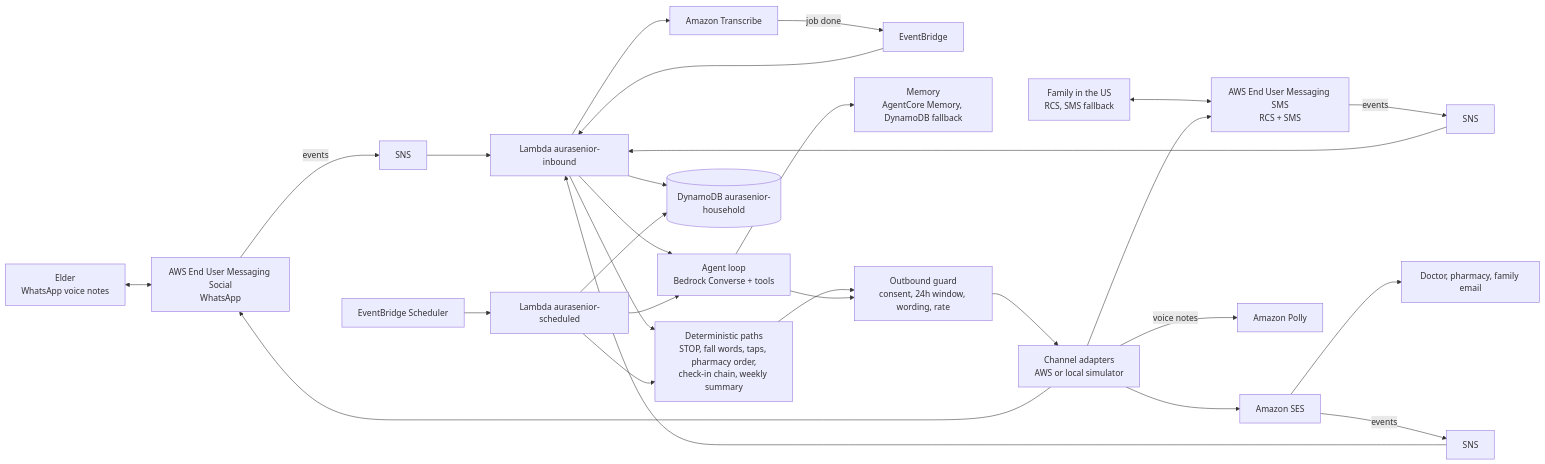
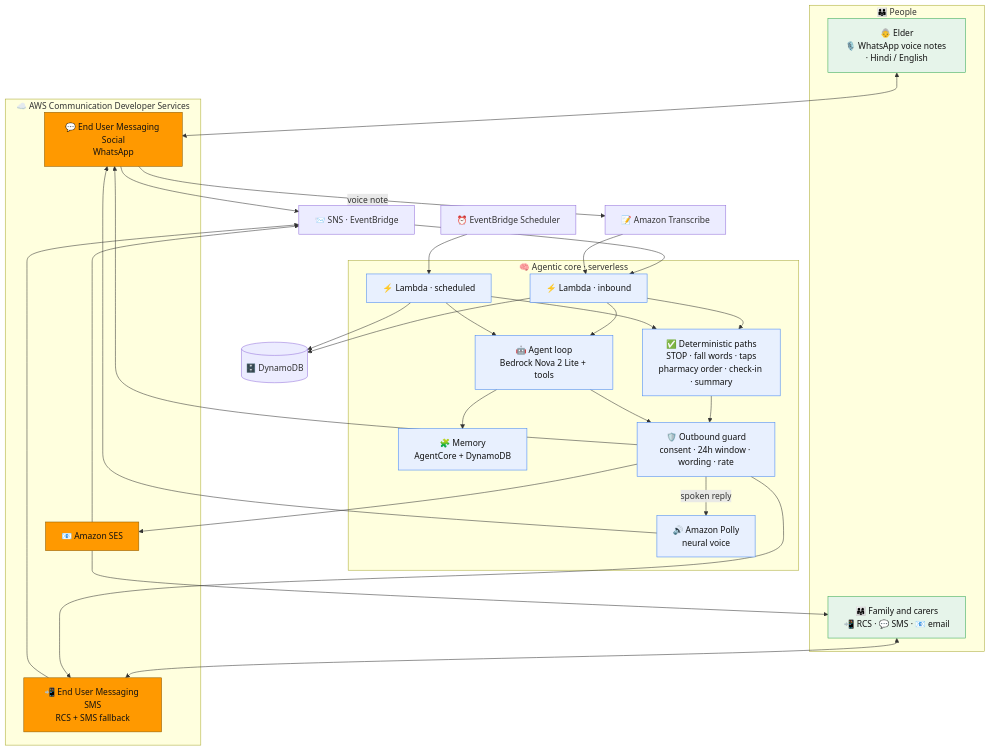
Before and after one commit to Extraordinarytechy/aurasenior: the diagram in README.md, drawn with Mermaid. The commit also changed other lines of this file, not shown here.

Commit message:
Polish README: visual header, badges, emoji architecture diagram, and correct the live-vs-simulated status (WhatsApp and RCS now run live on AWS)

````diff
--- a/README.md
+++ b/README.md
@@ -15,19 +41,59 @@
 ```mermaid
-flowchart LR
-  E["Elder<br/>WhatsApp voice notes"] <--> WA["AWS End User Messaging Social<br/>WhatsApp"]
-  F["Family in the US<br/>RCS, SMS fallback"] <--> RCS["AWS End User Messaging SMS<br/>RCS + SMS"]
-  SES["Amazon SES"] --> C["Doctor, pharmacy, family email"]
-  WA -- events --> T1["SNS"]
-  RCS -- events --> T2["SNS"]
-  SES -- events --> T3["SNS"]
-  T1 & T2 & T3 --> IN["Lambda aurasenior-inbound"]
-  IN --> TR["Amazon Transcribe"] -- job done --> EB["EventBridge"] --> IN
-  SCH["EventBridge Scheduler"] --> SC["Lambda aurasenior-scheduled"]
-  IN & SC --> DET["Deterministic paths<br/>STOP, fall words, taps, pharmacy order,<br/>check-in chain, weekly summary"]
-  IN & SC --> AG["Agent loop<br/>Bedrock Converse + tools"]
-  AG --> MEM["Memory<br/>AgentCore Memory, DynamoDB fallback"]
-  DET & AG --> G["Outbound guard<br/>consent, 24h window, wording, rate"] --> AD["Channel adapters<br/>AWS or local simulator"]
-  AD --> WA & RCS & SES
-  AD -- voice notes --> P["Amazon Polly"]
-  IN & SC --> DB[("DynamoDB aurasenior-household")]
+flowchart TB
+  subgraph PEOPLE["👪 People"]
+    E["👵 Elder<br/>🎙️ WhatsApp voice notes · Hindi / English"]
+    F["👨‍👩‍👧 Family and carers<br/>📲 RCS · 💬 SMS · 📧 email"]
+  end
+
+  subgraph CDS["☁️ AWS Communication Developer Services"]
+    WA["💬 End User Messaging Social<br/>WhatsApp"]
+    RCS["📲 End User Messaging SMS<br/>RCS + SMS fallback"]
+    SES["📧 Amazon SES"]
+  end
+
+  SNS["📨 SNS · EventBridge"]
+  TR["📝 Amazon Transcribe"]
+  SCH["⏰ EventBridge Scheduler"]
+
+  subgraph BRAIN["🧠 Agentic core · serverless"]
+    IN["⚡ Lambda · inbound"]
+    SC["⚡ Lambda · scheduled"]
+    DET["✅ Deterministic paths<br/>STOP · fall words · taps<br/>pharmacy order · check-in · summary"]
+    AG["🤖 Agent loop<br/>Bedrock Nova 2 Lite + tools"]
+    MEM["🧩 Memory<br/>AgentCore + DynamoDB"]
+    G["🛡️ Outbound guard<br/>consent · 24h window · wording · rate"]
+    POL["🔊 Amazon Polly<br/>neural voice"]
+  end
+
+  DB[("🗄️ DynamoDB")]
+
+  E <--> WA
+  F <--> RCS
+  SES --> F
+  WA --> SNS
+  RCS --> SNS
+  SES --> SNS
+  SNS --> IN
+  WA -->|voice note| TR --> IN
+  SCH --> SC
+  IN --> DET
+  IN --> AG
+  SC --> DET
+  SC --> AG
+  AG --> MEM
+  DET --> G
+  AG --> G
+  G --> WA
+  G --> RCS
+  G --> SES
+  G -->|spoken reply| POL --> WA
+  IN --> DB
+  SC --> DB
+
+  classDef aws fill:#ff9900,stroke:#8a5a00,color:#111;
+  classDef brain fill:#e8f0fe,stroke:#4285f4,color:#111;
+  classDef ppl fill:#e6f4ea,stroke:#34a853,color:#111;
+  class WA,RCS,SES aws
+  class IN,SC,DET,AG,MEM,G,POL brain
+  class E,F ppl
 ```
````
